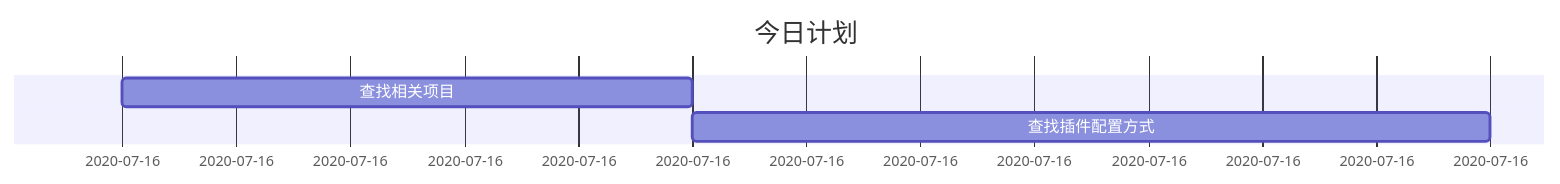
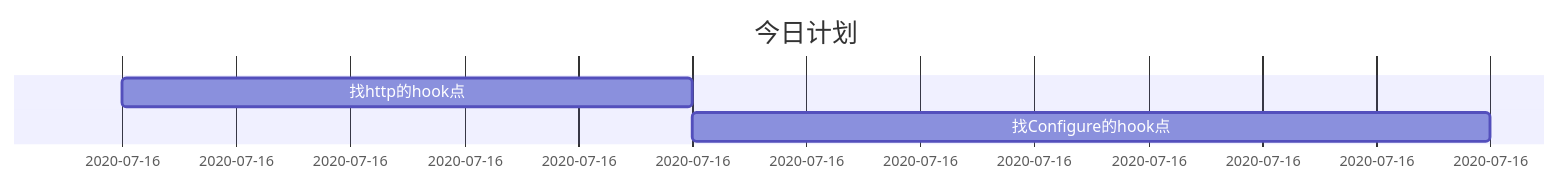
One commit to luotianqi777/Notebook changed the second of 2 diagrams in Plan.md. Above: the diagram before and after it, drawn with Mermaid. The commit also changed other lines of this file and 1 other file, not shown here.

````diff
--- a/Plan.md
+++ b/Plan.md
@@ -20,7 +20,7 @@
 ```mermaid
 gantt
 dateFormat  HH:mm
 title 今日计划
-查找相关项目: 09:00, 14:00
-查找插件配置方式: 14:00, 21:00
+找http的hook点: 09:00, 14:00
+找Configure的hook点: 14:00, 21:00
 ```
````
